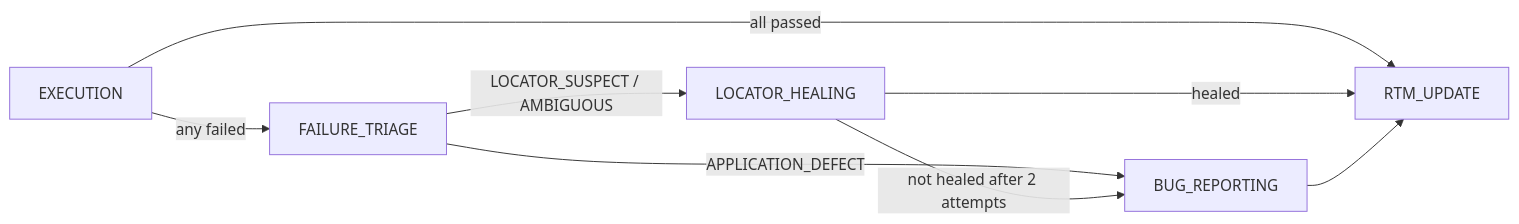
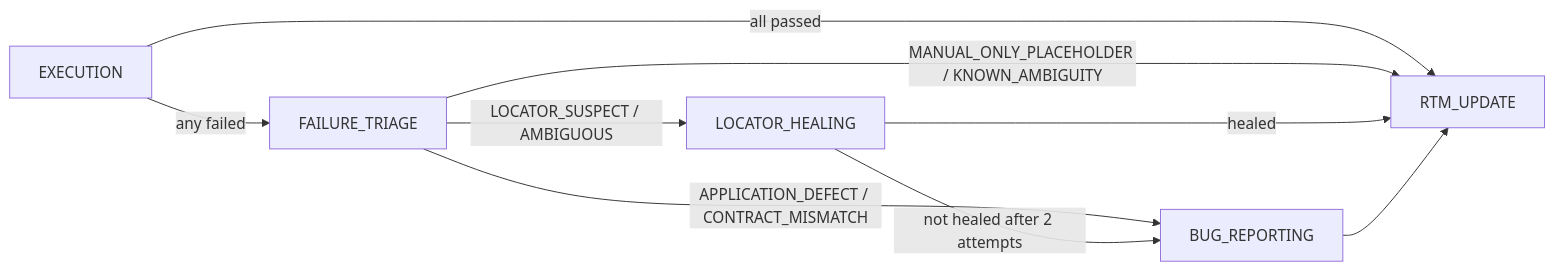
The second of 2 diagrams in README.md (Anil3501/eCore_OpenSpec_Poc), drawn with Mermaid before and after one commit. The commit also changed other lines of this file and 17 other files, not shown here.

````diff
--- a/README.md
+++ b/README.md
@@ -81,10 +81,11 @@
 ```mermaid
 flowchart LR
   EXEC[EXECUTION] -->|all passed| RTM[RTM_UPDATE]
   EXEC -->|any failed| TRIAGE[FAILURE_TRIAGE]
-  TRIAGE -->|APPLICATION_DEFECT| BUG[BUG_REPORTING]
+  TRIAGE -->|APPLICATION_DEFECT / CONTRACT_MISMATCH| BUG[BUG_REPORTING]
   TRIAGE -->|LOCATOR_SUSPECT / AMBIGUOUS| HEAL[LOCATOR_HEALING]
+  TRIAGE -->|MANUAL_ONLY_PLACEHOLDER / KNOWN_AMBIGUITY| RTM
   HEAL -->|healed| RTM
   HEAL -->|not healed after 2 attempts| BUG
   BUG --> RTM
 ```
````
